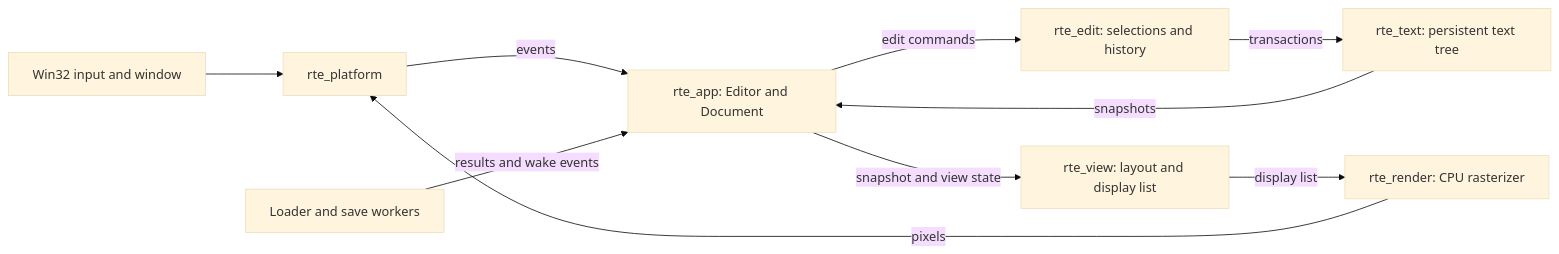
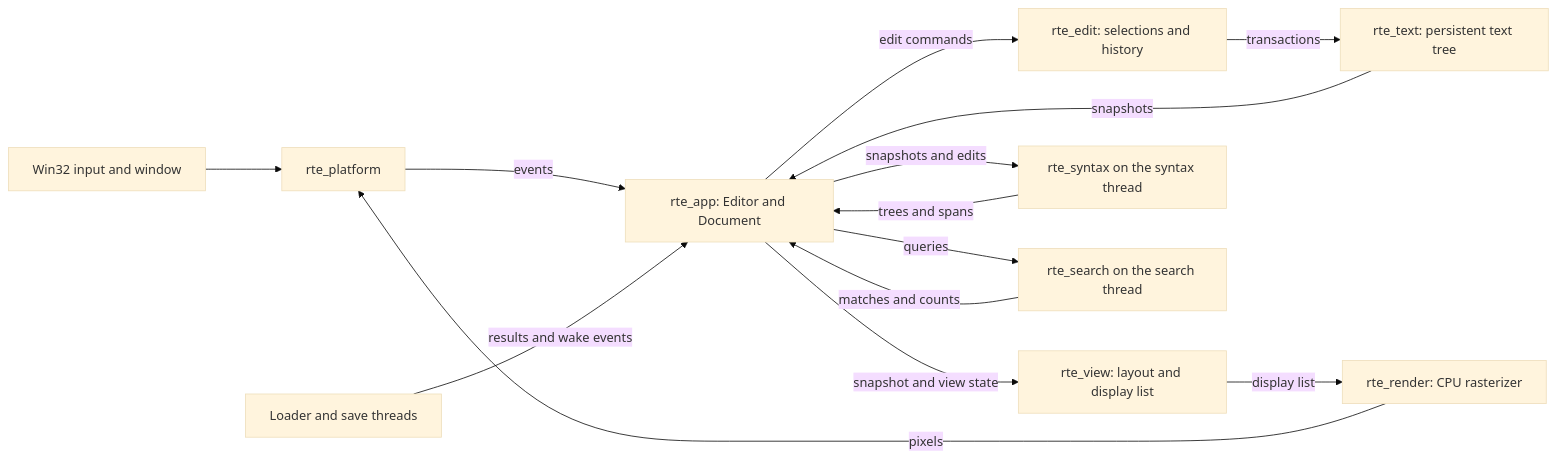
Before and after one commit to RoyiAvital/RoyiTextEditor: the first of 2 diagrams in docs/src/developer.md, drawn with Mermaid (base theme). The commit also changed other lines of this file and 106 other files, not shown here.

````diff
--- a/docs/src/developer.md
+++ b/docs/src/developer.md
@@ -9,12 +9,16 @@
 ```mermaid
 flowchart LR
     Win[Win32 input and window] --> Platform[rte_platform]
     Platform -->|events| App[rte_app: Editor and Document]
     App -->|edit commands| Edit[rte_edit: selections and history]
     Edit -->|transactions| Text[rte_text: persistent text tree]
     Text -->|snapshots| App
     App -->|snapshot and view state| View[rte_view: layout and display list]
     View -->|display list| Render[rte_render: CPU rasterizer]
     Render -->|pixels| Platform
-    Workers[Loader and save workers] -->|results and wake events| App
+    App -->|snapshots and edits| Syntax[rte_syntax on the syntax thread]
+    Syntax -->|trees and spans| App
+    App -->|queries| Search[rte_search on the search thread]
+    Search -->|matches and counts| App
+    Workers[Loader and save threads] -->|results and wake events| App
 ```
````
